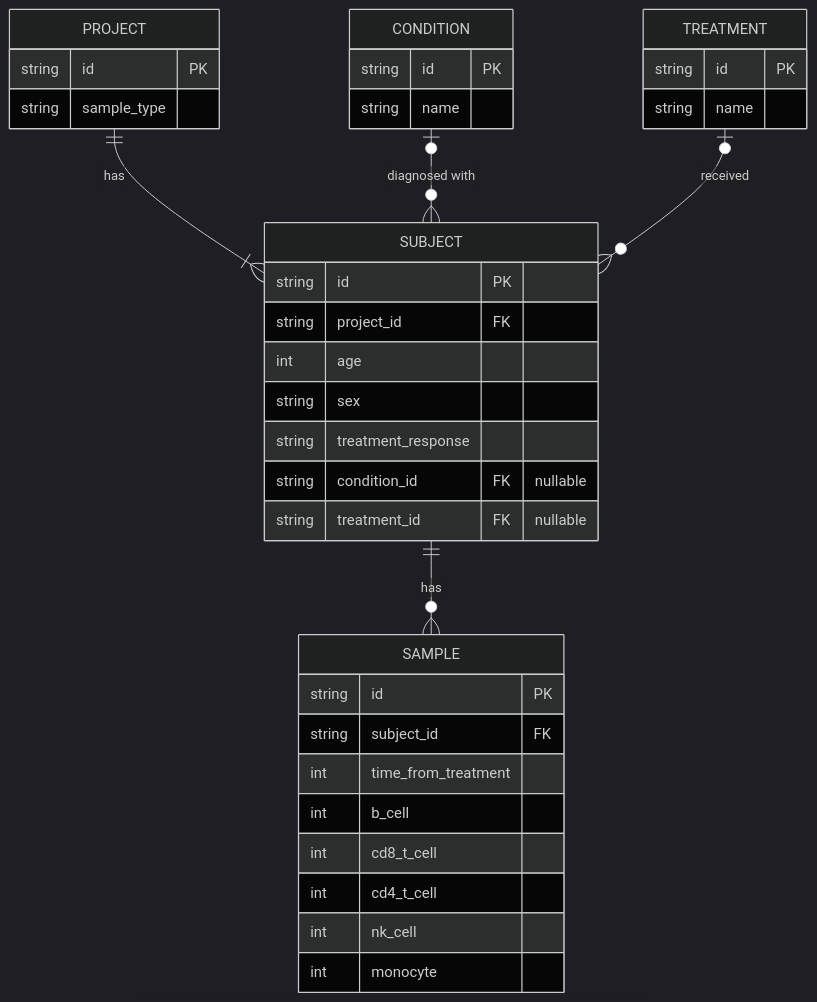
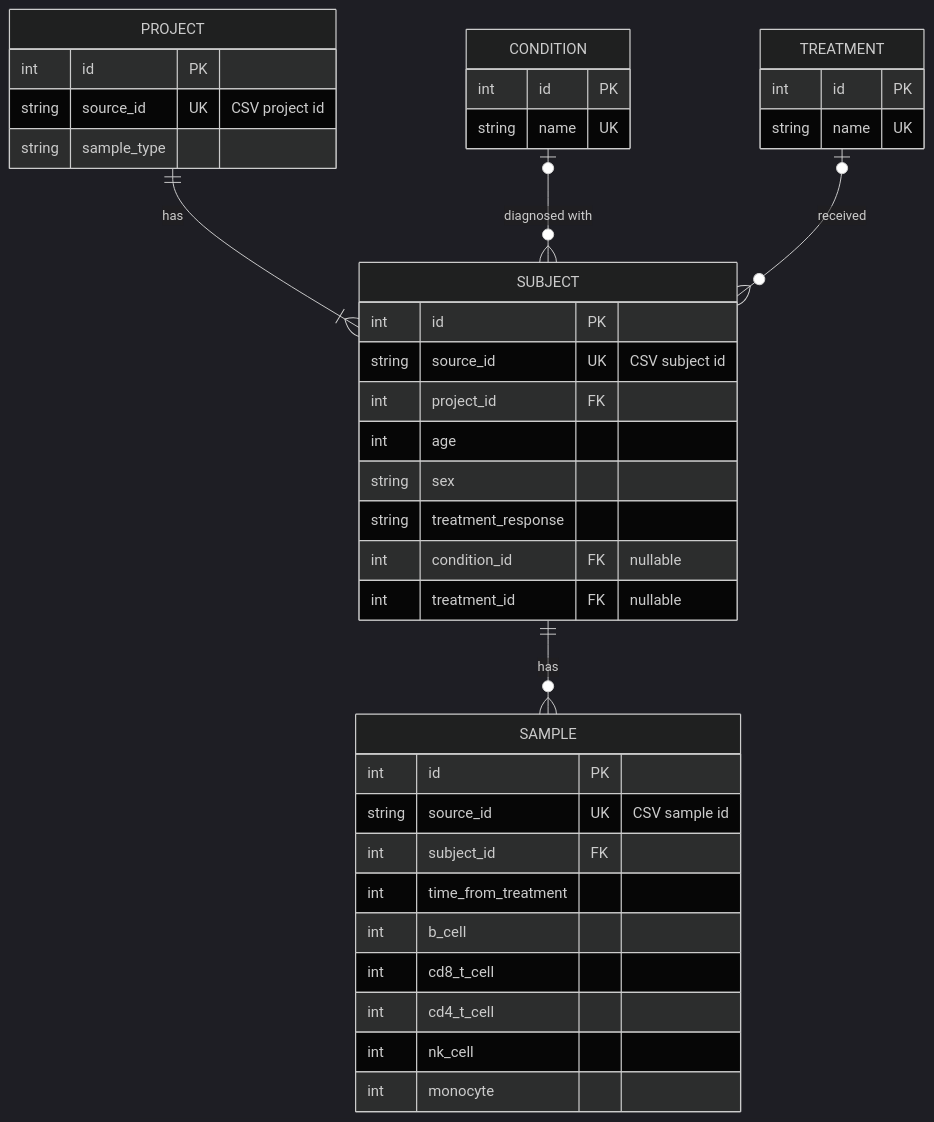
One commit to jasbill-jla/teiko changed the diagram in docs/erd.md. Above: the diagram before and after it, drawn with Mermaid (dark theme). The commit also changed other lines of this file and 1 other file, not shown here.

Commit message:
Switch schema to surrogate integer PKs, preserve CSV ids as unique attrs
Document the schema's design rationale and scaling story in the README
as required by the take-home spec, and update the ERD to match: every
table now uses a surrogate auto-incrementing integer id as its primary
key, with the CSV-native identifier kept as a UNIQUE source_id (or name
for Condition/Treatment, which have no CSV id). This replaces the prior
draft where Project/Subject/Sample used the CSV string directly as PK.

Claude-Session: https://claude.ai/code/session_01NnuWawoS5jLbanVggTAxRS

````diff
--- a/docs/erd.md
+++ b/docs/erd.md
@@ -3,39 +3,42 @@
 ```mermaid
 erDiagram
     PROJECT ||--|{ SUBJECT      : "has"
     CONDITION o|--o{ SUBJECT    : "diagnosed with"
     TREATMENT o|--o{ SUBJECT    : "received"
     SUBJECT ||--o{ SAMPLE       : "has"
 
     PROJECT {
-        string id PK
+        int id PK
+        string source_id UK "CSV project id"
         string sample_type
     }
     SUBJECT {
-        string id PK
-        string project_id FK
+        int id PK
+        string source_id UK "CSV subject id"
+        int project_id FK
         int age
         string sex
         string treatment_response
-        string condition_id FK "nullable"
-        string treatment_id FK "nullable"
+        int condition_id FK "nullable"
+        int treatment_id FK "nullable"
     }
     CONDITION {
-        string id PK
-        string name
+        int id PK
+        string name UK
     }
     TREATMENT {
-        string id PK
-        string name
+        int id PK
+        string name UK
     }
     SAMPLE {
-        string id PK
-        string subject_id FK
+        int id PK
+        string source_id UK "CSV sample id"
+        int subject_id FK
         int time_from_treatment
         int b_cell
         int cd8_t_cell
         int cd4_t_cell
         int nk_cell
         int monocyte
     }
 ```
````
